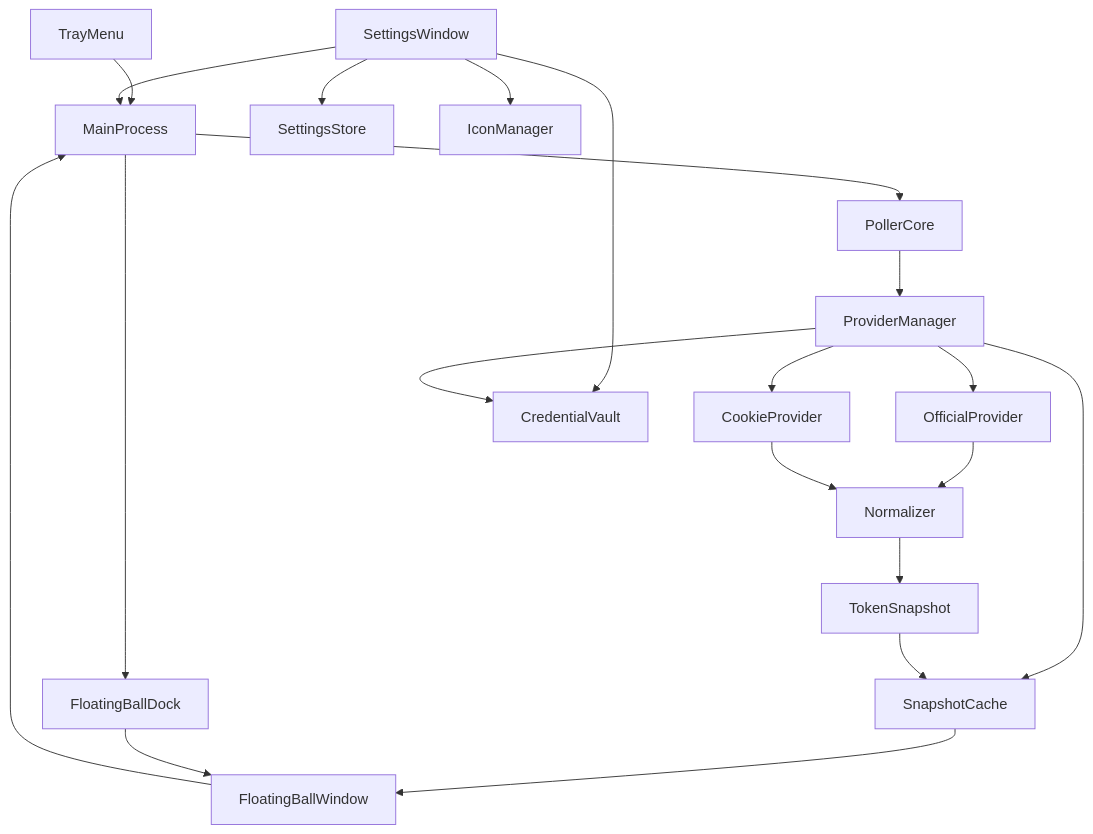
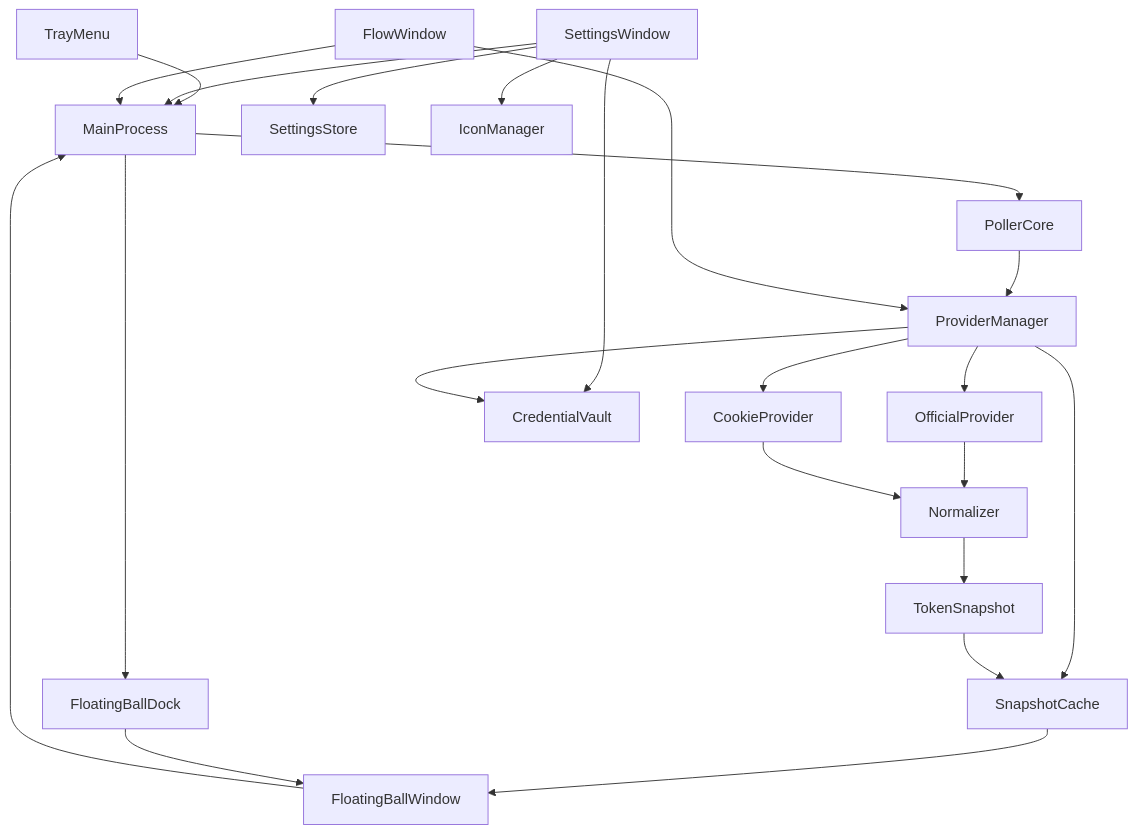
One commit to awaker1996/cursor_monitor changed the diagram in README.md. Above: the diagram before and after it, drawn with Mermaid. The commit also changed other lines of this file and 32 other files, not shown here.

````diff
--- a/README.md
+++ b/README.md
@@ -202,22 +213,24 @@
 ```mermaid
 flowchart TD
     trayMenu[TrayMenu] --> mainProcess[MainProcess]
     floatingBall[FloatingBallWindow] --> mainProcess
     settingsWindow[SettingsWindow] --> mainProcess
+    flowWindow[FlowWindow] --> mainProcess
     mainProcess --> pollerCore[PollerCore]
     pollerCore --> providerManager[ProviderManager]
     providerManager --> officialProvider[OfficialProvider]
     providerManager --> cookieProvider[CookieProvider]
     providerManager --> snapshotCache[SnapshotCache]
     officialProvider --> normalizer[Normalizer]
     cookieProvider --> normalizer
     normalizer --> tokenSnapshot[TokenSnapshot]
     tokenSnapshot --> snapshotCache
     snapshotCache --> floatingBall
+    flowWindow --> providerManager
     mainProcess --> floatingBallDock[FloatingBallDock]
     floatingBallDock --> floatingBall
     settingsWindow --> settingsStore[SettingsStore]
     settingsWindow --> credentialVault[CredentialVault]
     settingsWindow --> iconManager[IconManager]
     providerManager --> credentialVault
 ```
````
